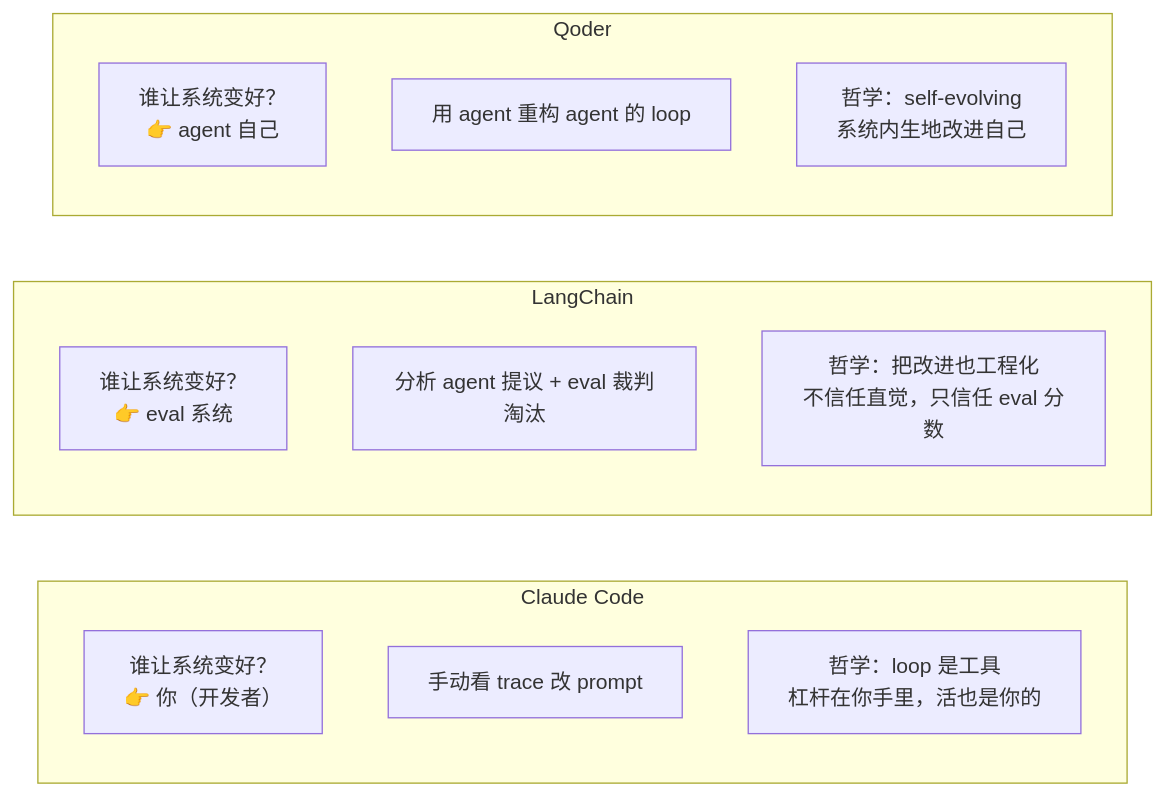
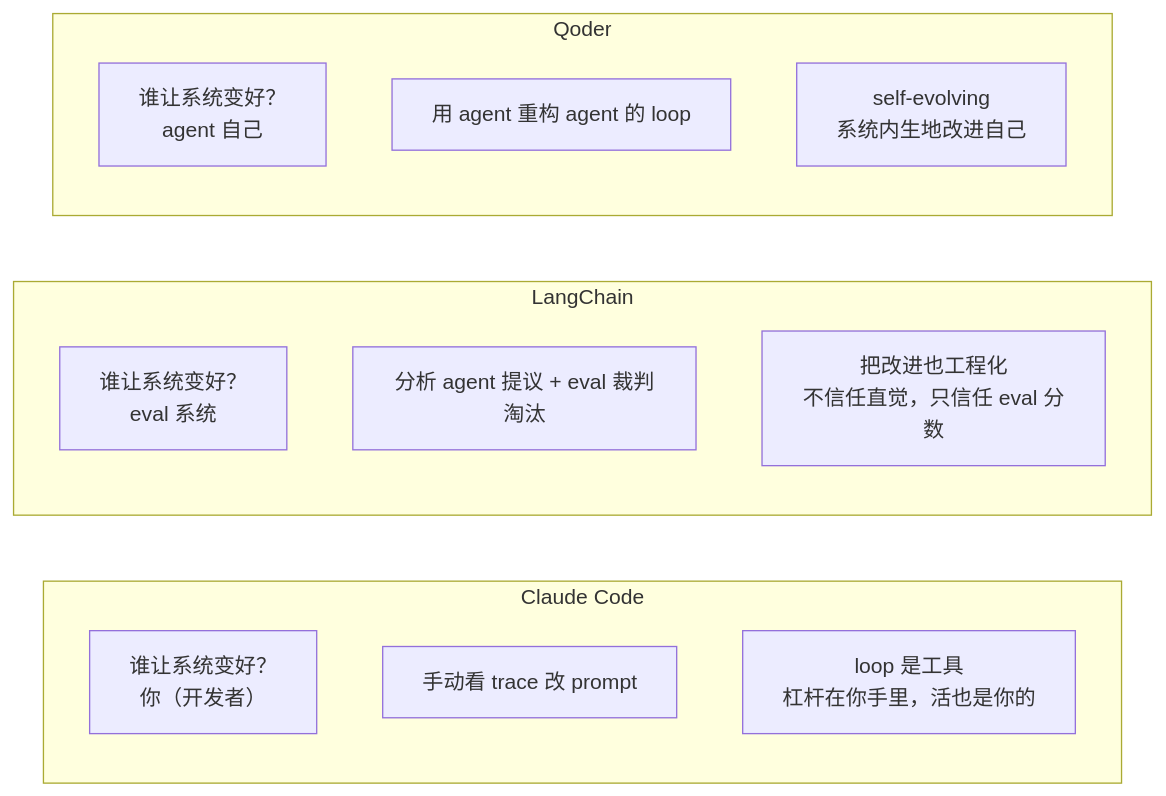
The second of 2 diagrams in src/content/posts/Loop-Engineering-厂商与路线篇.md (SmilingWalker/SmilingWalker.github.io), drawn with Mermaid before and after one commit. The commit also changed other lines of this file and 2 other files, not shown here.

````diff
--- a/src/content/posts/Loop-Engineering-厂商与路线篇.md
+++ b/src/content/posts/Loop-Engineering-厂商与路线篇.md
@@ -119,21 +104,21 @@
 ```mermaid
 flowchart LR
     subgraph CC["Claude Code"]
         direction TB
-        CC1["谁让系统变好？<br/>👉 你（开发者）"]
+        CC1["谁让系统变好？<br/>你（开发者）"]
         CC2[手动看 trace 改 prompt]
-        CC3["哲学：loop 是工具<br/>杠杆在你手里，活也是你的"]
+        CC3["loop 是工具<br/>杠杆在你手里，活也是你的"]
     end
     subgraph LC["LangChain"]
         direction TB
-        LC1["谁让系统变好？<br/>👉 eval 系统"]
+        LC1["谁让系统变好？<br/>eval 系统"]
         LC2[分析 agent 提议 + eval 裁判淘汰]
-        LC3["哲学：把改进也工程化<br/>不信任直觉，只信任 eval 分数"]
+        LC3["把改进也工程化<br/>不信任直觉，只信任 eval 分数"]
     end
     subgraph QD["Qoder"]
         direction TB
-        QD1["谁让系统变好？<br/>👉 agent 自己"]
+        QD1["谁让系统变好？<br/>agent 自己"]
         QD2[用 agent 重构 agent 的 loop]
-        QD3["哲学：self-evolving<br/>系统内生地改进自己"]
+        QD3["self-evolving<br/>系统内生地改进自己"]
     end
 ```
````
